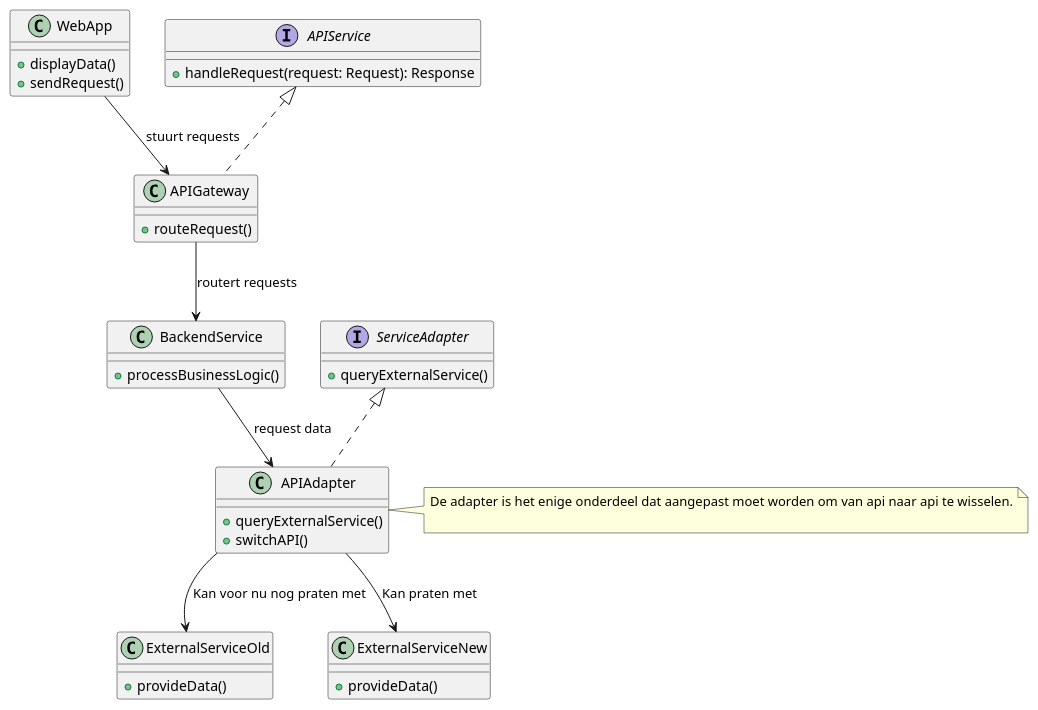
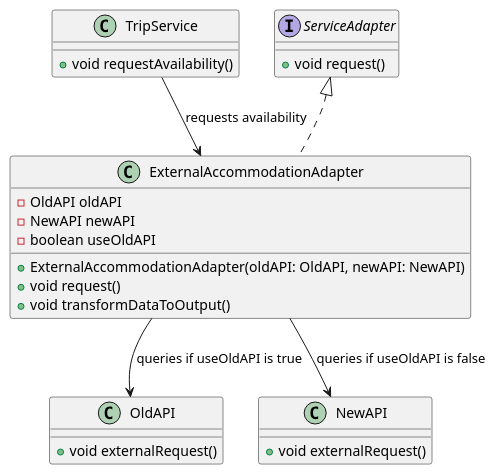
The diagram in software-guidebook/vervangenClassDiagram.puml (AIM-ENE-feb25/triptop-groep-5), drawn with PlantUML before and after one commit. The commit also changed 14 other files, not shown here.

```diff
--- a/software-guidebook/vervangenClassDiagram.puml
+++ b/software-guidebook/vervangenClassDiagram.puml
@@ -1,50 +1,33 @@
-@startuml "API Adapter - Class Diagram"
+@startuml
 
-' Nieuwe class diagram ter ondersteuning van de API Adapter
-
-class WebApp {
-    +displayData()
-    +sendRequest()
-}
-
-interface APIService {
-    +handleRequest(request: Request): Response
-}
-
-class APIGateway implements APIService {
-    +routeRequest()
-}
-
-class BackendService {
-    +processBusinessLogic()
+class TripService {
+    +void requestAvailability()
 }
 
 interface ServiceAdapter {
-    +queryExternalService()
+    +void request()
 }
 
-class APIAdapter implements ServiceAdapter {
-    +queryExternalService()
-    +switchAPI()
+class ExternalAccommodationAdapter {
+    -OldAPI oldAPI
+    -NewAPI newAPI
+    -boolean useOldAPI
+    +ExternalAccommodationAdapter(oldAPI: OldAPI, newAPI: NewAPI)
+    +void request()
+    +void transformDataToOutput()
 }
 
-class ExternalServiceOld {
-    +provideData()
+class OldAPI {
+    +void externalRequest()
 }
 
-class ExternalServiceNew {
-    +provideData()
+class NewAPI {
+    +void externalRequest()
 }
 
-WebApp --> APIGateway : stuurt requests
-APIGateway --> BackendService : routert requests
-BackendService --> APIAdapter : request data
-APIAdapter --> ExternalServiceOld : Kan voor nu nog praten met
-APIAdapter --> ExternalServiceNew : Kan praten met
-
-note right of APIAdapter
-De adapter is het enige onderdeel dat aangepast moet worden om van api naar api te wisselen.
-
-end note
+TripService --> ExternalAccommodationAdapter : requests availability
+ExternalAccommodationAdapter --> OldAPI : queries if useOldAPI is true
+ExternalAccommodationAdapter --> NewAPI : queries if useOldAPI is false
+ServiceAdapter <|.. ExternalAccommodationAdapter
 
 @enduml
```
